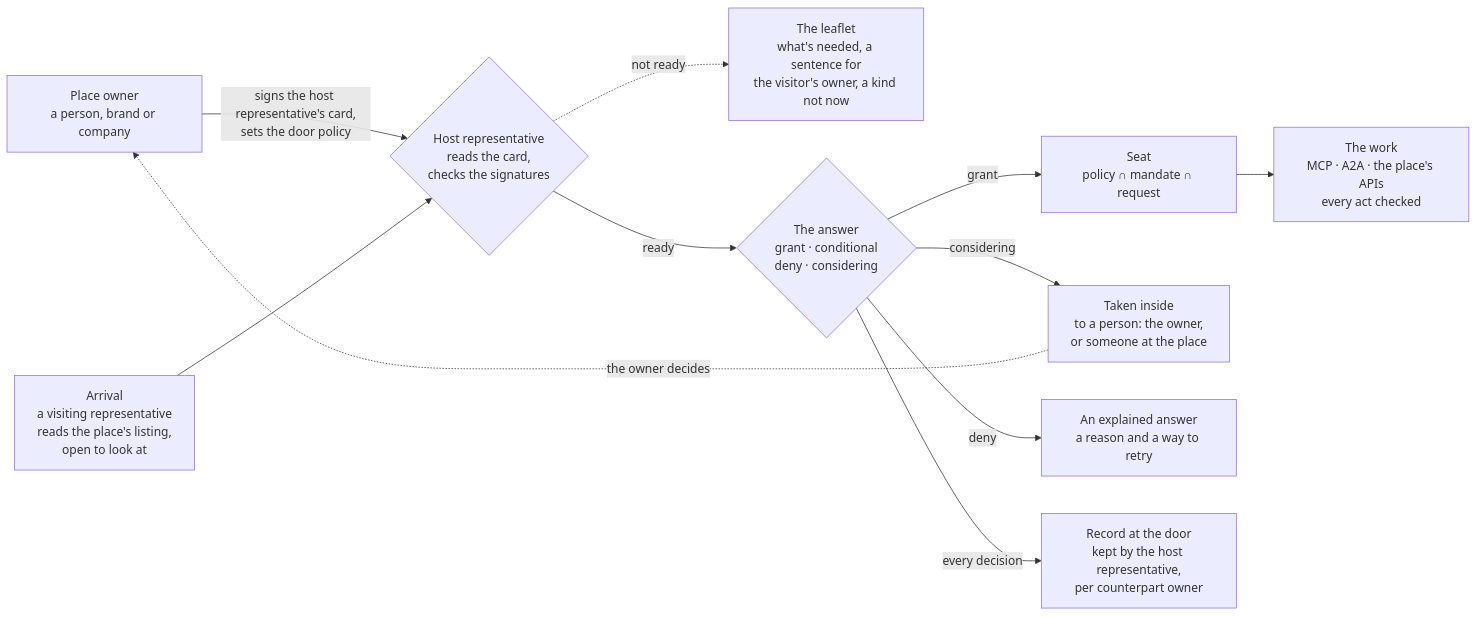
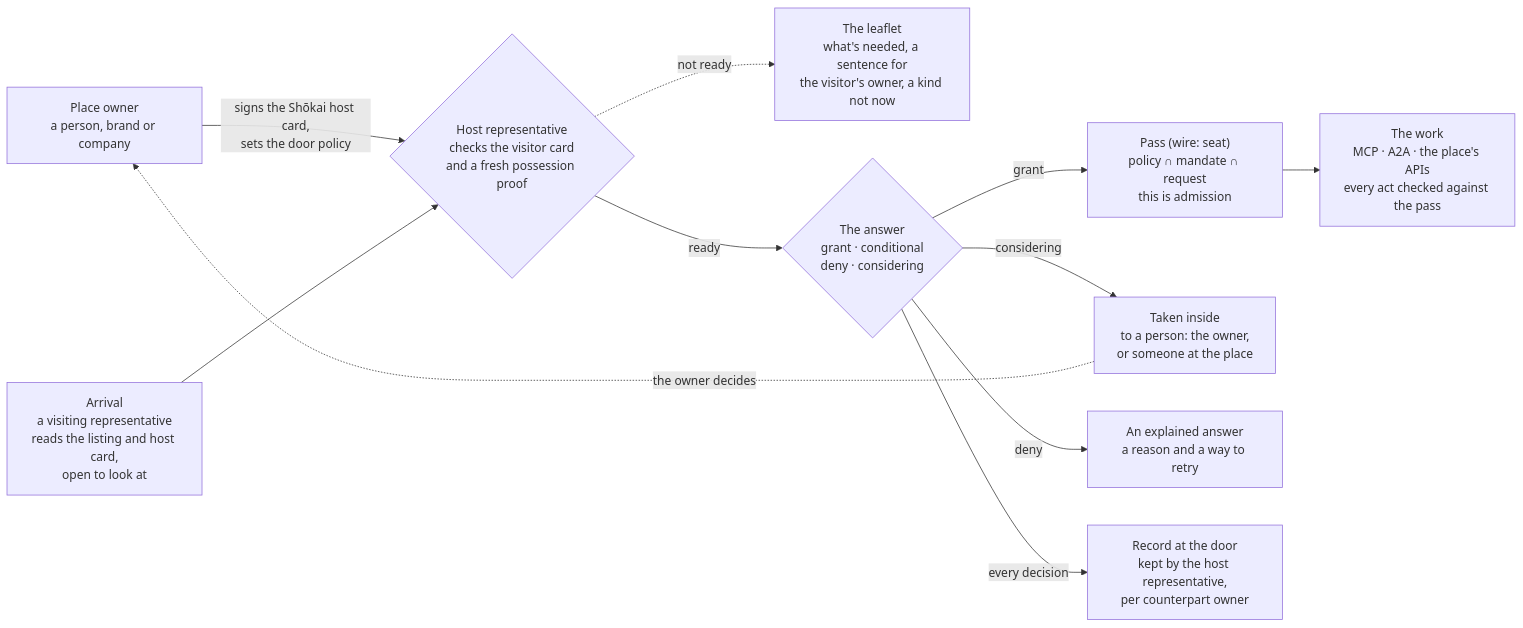
One commit to Kigenka/shokai changed the second of 7 diagrams in README.md. Above: the diagram before and after it, drawn with Mermaid. The commit also changed other lines of this file and 368 other files, not shown here.

````diff
--- a/README.md
+++ b/README.md
@@ -158,13 +158,13 @@
 ```mermaid
 flowchart LR
-  PO["Place owner<br/>a person, brand or company"] -- "signs the host representative's card,<br/>sets the door policy" --> C
-  A["Arrival<br/>a visiting representative<br/>reads the place's listing,<br/>open to look at"] --> C{"Host representative<br/>reads the card,<br/>checks the signatures"}
+  PO["Place owner<br/>a person, brand or company"] -- "signs the Shōkai host card,<br/>sets the door policy" --> C
+  A["Arrival<br/>a visiting representative<br/>reads the listing and host card,<br/>open to look at"] --> C{"Host representative<br/>checks the visitor card<br/>and a fresh possession proof"}
   C -. "not ready" .-> L["The leaflet<br/>what's needed, a sentence for<br/>the visitor's owner, a kind not now"]
   C -- "ready" --> D{"The answer<br/>grant · conditional<br/>deny · considering"}
-  D -- "grant" --> S["Seat<br/>policy ∩ mandate ∩ request"]
-  S --> W["The work<br/>MCP · A2A · the place's APIs<br/>every act checked"]
+  D -- "grant" --> S["Pass (wire: seat)<br/>policy ∩ mandate ∩ request<br/>this is admission"]
+  S --> W["The work<br/>MCP · A2A · the place's APIs<br/>every act checked against the pass"]
   D -- "considering" --> P["Taken inside<br/>to a person: the owner,<br/>or someone at the place"]
   D -- "deny" --> X["An explained answer<br/>a reason and a way to retry"]
   P -. "the owner decides" .-> PO
   D -- "every decision" --> K["Record at the door<br/>kept by the host representative,<br/>per counterpart owner"]
 ```
````
